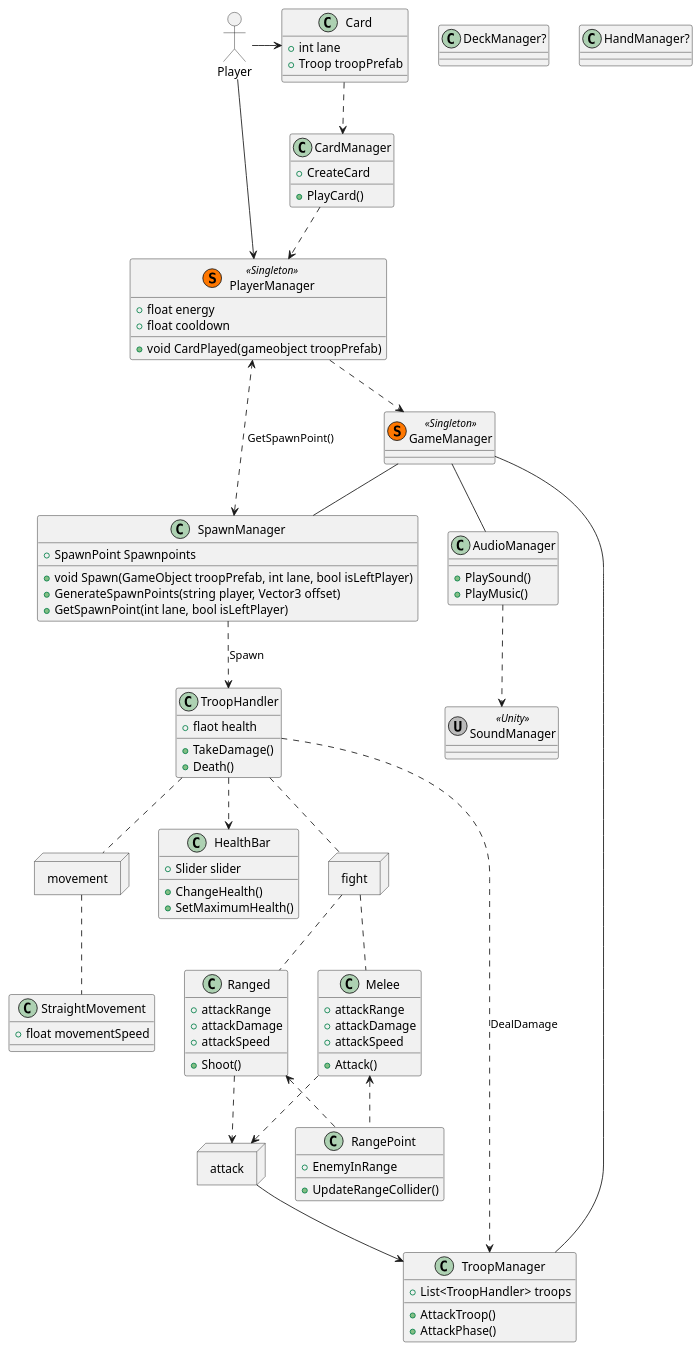
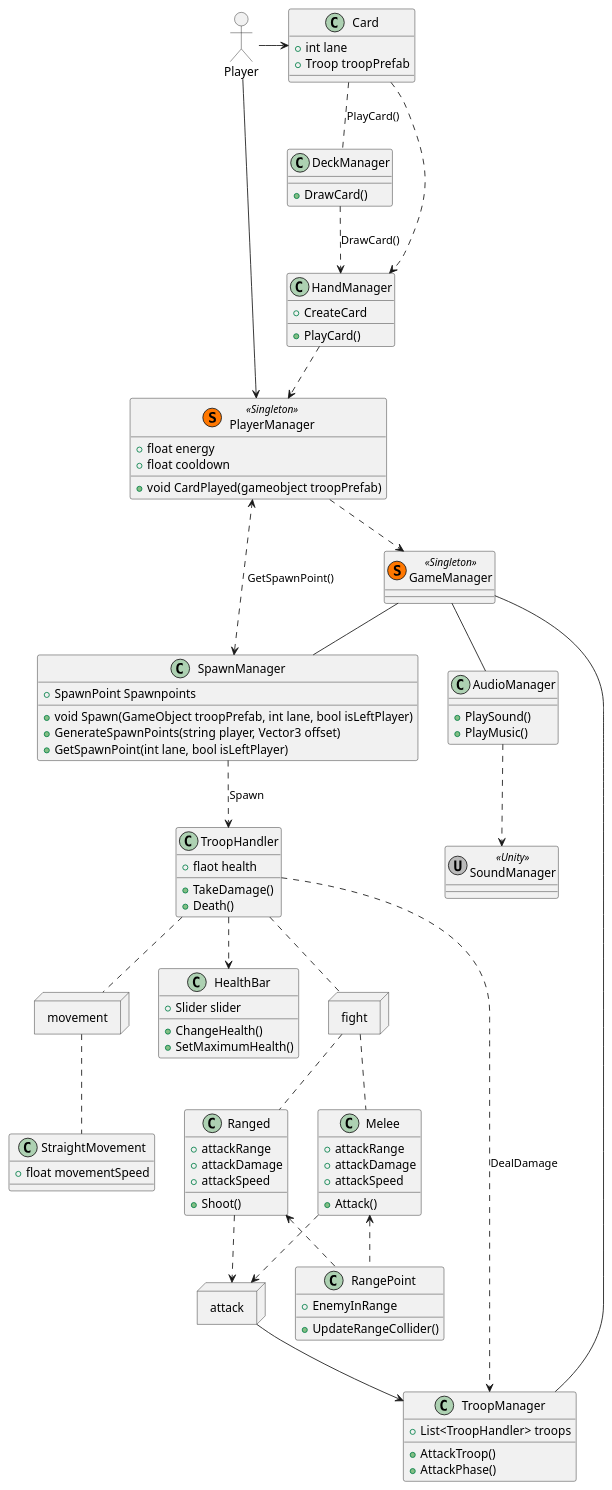
Before and after one commit to MarcHonegger/Maturarbeit: the diagram in class_architecture.plantuml, drawn with PlantUML.

```diff
--- a/class_architecture.plantuml
+++ b/class_architecture.plantuml
@@ -1,125 +1,128 @@
 @startuml
 
 allowmixing
 
 node attack
 node fight
 node movement
 
 class PlayerManager << (S,#FF7700) Singleton >> {
   +float energy
   +float cooldown
   +void CardPlayed(gameobject troopPrefab)
 }
 
 class GameManager << (S,#FF7700) Singleton >> {
 
 }
 
 class AudioManager {
   +PlaySound()
   +PlayMusic()
 }
 
 class SoundManager << (U,#bababa) Unity >> {}
 
 class SpawnManager {
   +SpawnPoint Spawnpoints
   +void Spawn(GameObject troopPrefab, int lane, bool isLeftPlayer)
   +GenerateSpawnPoints(string player, Vector3 offset)
   +GetSpawnPoint(int lane, bool isLeftPlayer)
 }
 
 
 class TroopManager {
   +List<TroopHandler> troops
   +AttackTroop()
   +AttackPhase()
 }
 
 class TroopHandler {
   +flaot health
   +TakeDamage()
   +Death()
 }
 
 class Melee {
   +attackRange
   +attackDamage
   +attackSpeed
   +Attack()
 }
 
 class Ranged {
   +attackRange
   +attackDamage
   +attackSpeed
   +Shoot()
 }
 
 class RangePoint {
   +EnemyInRange
   +UpdateRangeCollider()
 }
 
 class StraightMovement {
   +float movementSpeed
 }
 
-class DeckManager? {}
-class HandManager? {} 
-
-class CardManager {
-  +CreateCard
-  +PlayCard()
+class DeckManager {
+    +DrawCard()
 }
+class HandManager {
+    +CreateCard
+    +PlayCard()
+} 
 
 class Card {
   +int lane
   +Troop troopPrefab
 }
 
 class HealthBar {
   +Slider slider
   +ChangeHealth()
   +SetMaximumHealth()
 }
 
 actor Player
 
 Player -> PlayerManager
 Player -> Card
 
-Card ..> CardManager
-CardManager ..> PlayerManager
+Card ..> HandManager
+HandManager ..> PlayerManager
 PlayerManager ..> GameManager
+
+Card .. DeckManager : PlayCard()
+DeckManager ..> HandManager : DrawCard()
 
 GameManager -- SpawnManager
 GameManager -- AudioManager
 GameManager -- TroopManager
 
 SpawnManager <..> PlayerManager : GetSpawnPoint()
 SpawnManager ..> TroopHandler : Spawn
 AudioManager ..> SoundManager
 
 TroopHandler ..> TroopManager : DealDamage
 
 TroopHandler .. fight
 TroopHandler .. movement
 TroopHandler ..> HealthBar
 
 fight .. Melee
 fight .. Ranged
 
 movement .. StraightMovement
 
 Melee <.. RangePoint
 Ranged <.. RangePoint
 
 Melee ..> attack
 Ranged ..> attack
 
 
 attack --> TroopManager
 
 @enduml
```
